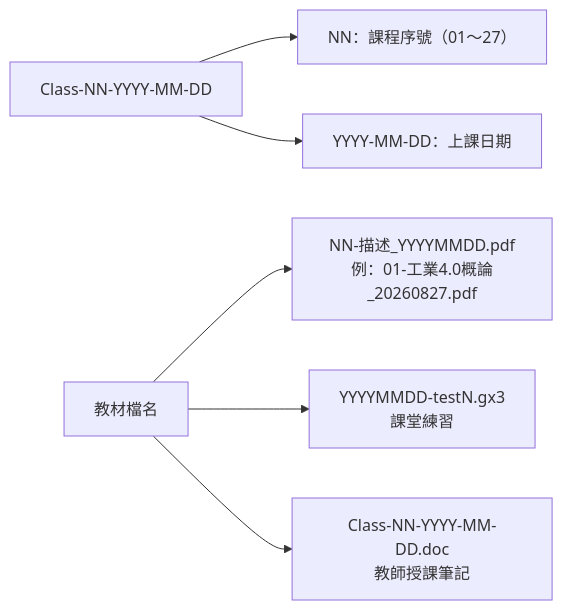
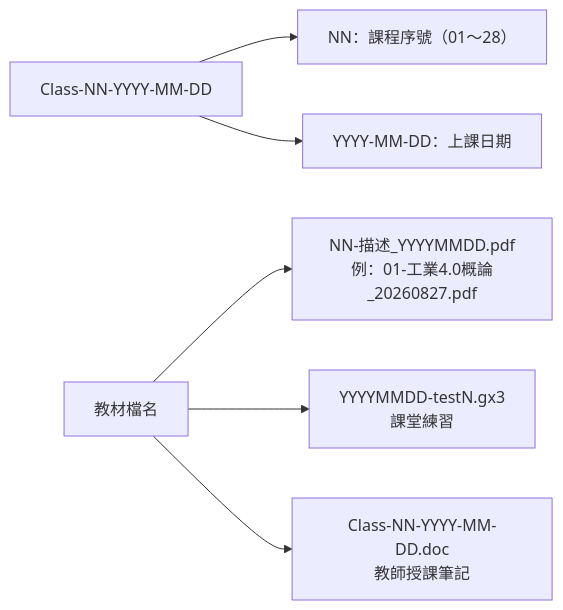
Before and after one commit to yd7148/INDUSTRY-4.0: the third of 3 diagrams in docs/COURSE-MAP.md, drawn with Mermaid. The commit also changed other lines of this file and 2 other files, not shown here.

Commit message:
Sync docs for Class-28 (28 classes, 29 videos, timeline and SVG)

````diff
--- a/docs/COURSE-MAP.md
+++ b/docs/COURSE-MAP.md
@@ -146,8 +150,8 @@
 ```mermaid
 flowchart LR
-    A["Class-NN-YYYY-MM-DD"] --> B["NN：課程序號（01～27）"]
+    A["Class-NN-YYYY-MM-DD"] --> B["NN：課程序號（01～28）"]
     A --> C["YYYY-MM-DD：上課日期"]
     D["教材檔名"] --> E["NN-描述_YYYYMMDD.pdf<br/>例：01-工業4.0概論_20260827.pdf"]
     D --> F["YYYYMMDD-testN.gx3<br/>課堂練習"]
     D --> G["Class-NN-YYYY-MM-DD.doc<br/>教師授課筆記"]
 ```
````
